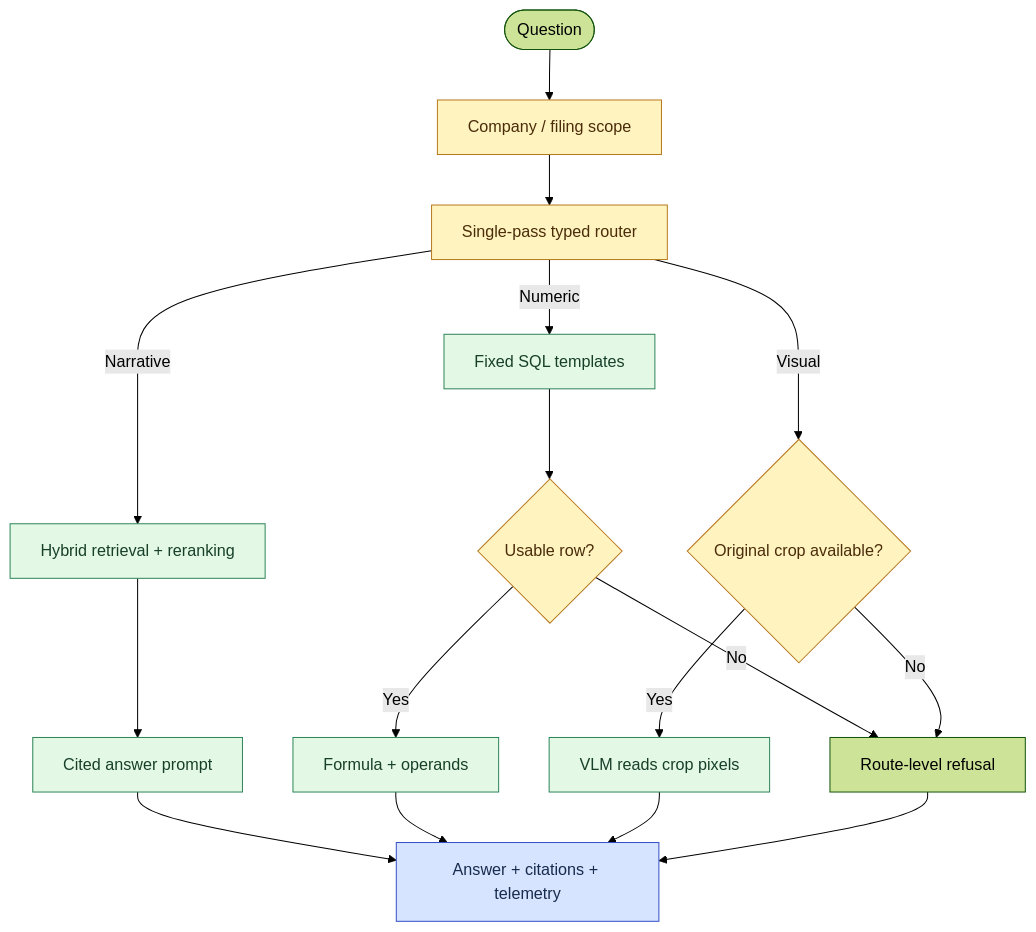
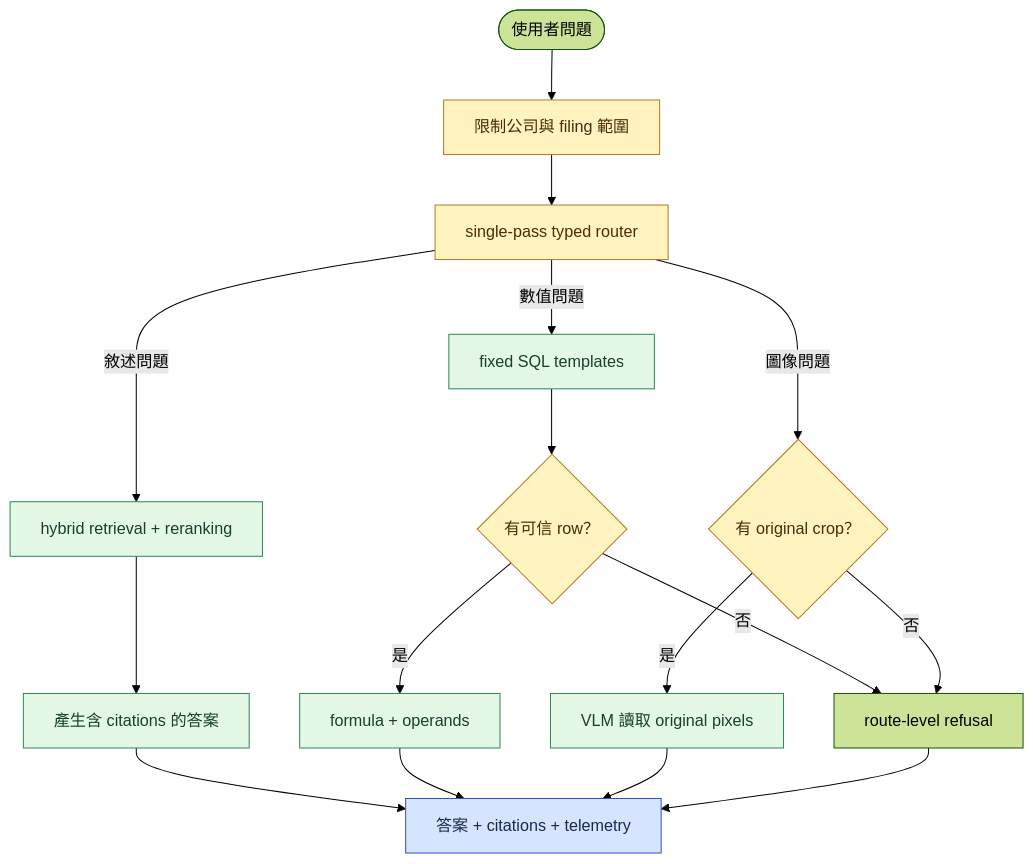
Before and after one commit to kuotunyu/tw-filing-intelligence: the second of 2 diagrams in README.md, drawn with Mermaid (forest theme). The commit also changed other lines of this file, not shown here.

````diff
--- a/README.md
+++ b/README.md
@@ -68,25 +67,25 @@
 ```mermaid
 flowchart TD
-    Query(["Question"]) --> Scope["Company / filing scope"]
-    Scope --> Router["Single-pass typed router"]
-    Router -->|"Narrative"| Retrieve["Hybrid retrieval + reranking"]
-    Retrieve --> Generate["Cited answer prompt"]
-    Router -->|"Numeric"| SQL["Fixed SQL templates"]
-    SQL --> NumericResult{"Usable row?"}
-    NumericResult -->|"Yes"| Calculate["Formula + operands"]
-    NumericResult -->|"No"| Refuse["Route-level refusal"]
-    Router -->|"Visual"| Crop{"Original crop available?"}
-    Crop -->|"Yes"| VLM["VLM reads crop pixels"]
-    Crop -->|"No"| Refuse
-    Generate --> Output["Answer + citations + telemetry"]
+    Query(["使用者問題"]) --> Scope["限制公司與 filing 範圍"]
+    Scope --> Router["single-pass typed router"]
+    Router -->|"敘述問題"| Retrieve["hybrid retrieval + reranking"]
+    Retrieve --> Generate["產生含 citations 的答案"]
+    Router -->|"數值問題"| SQL["fixed SQL templates"]
+    SQL --> NumericResult{"有可信 row？"}
+    NumericResult -->|"是"| Calculate["formula + operands"]
+    NumericResult -->|"否"| Refuse["route-level refusal"]
+    Router -->|"圖像問題"| Crop{"有 original crop？"}
+    Crop -->|"是"| VLM["VLM 讀取 original pixels"]
+    Crop -->|"否"| Refuse
+    Generate --> Output["答案 + citations + telemetry"]
     Calculate --> Output
     VLM --> Output
     Refuse --> Output
 
     classDef control fill:#FFF3BF,stroke:#B7791F,color:#4A2C0A
     classDef route fill:#E3F9E5,stroke:#2F855A,color:#173F2A
     classDef output fill:#D6E4FF,stroke:#364FC7,color:#172B4D
     class Scope,Router,NumericResult,Crop control
     class Retrieve,Generate,SQL,Calculate,VLM route
     class Output output
 ```
````
